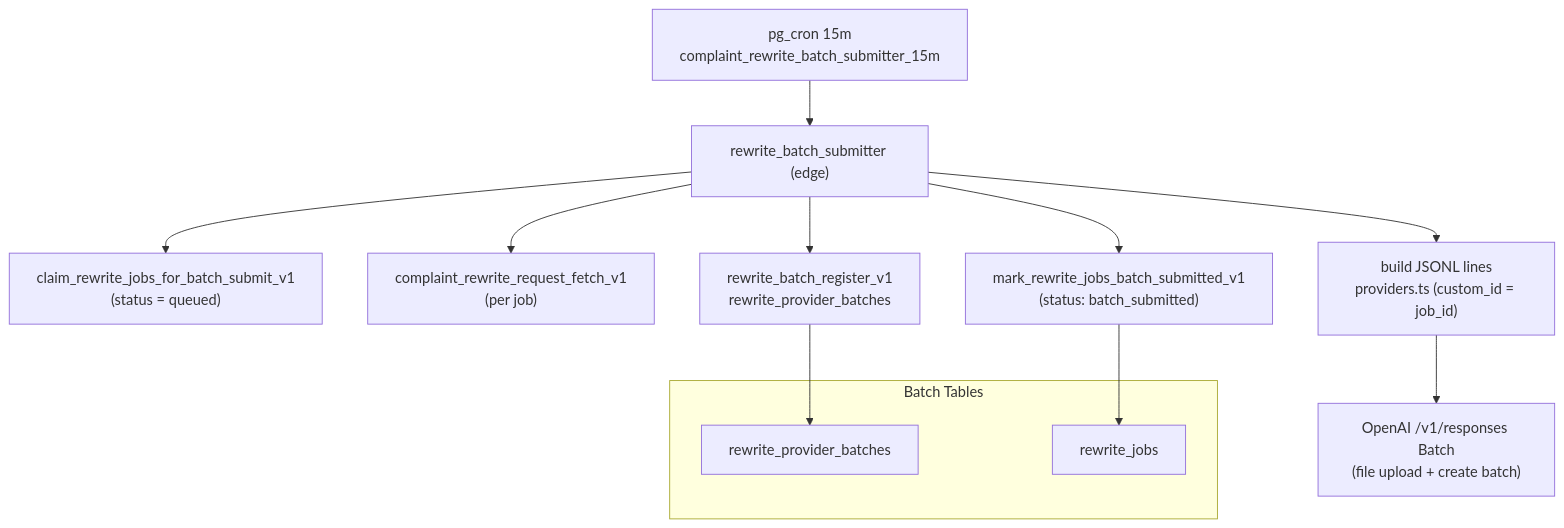
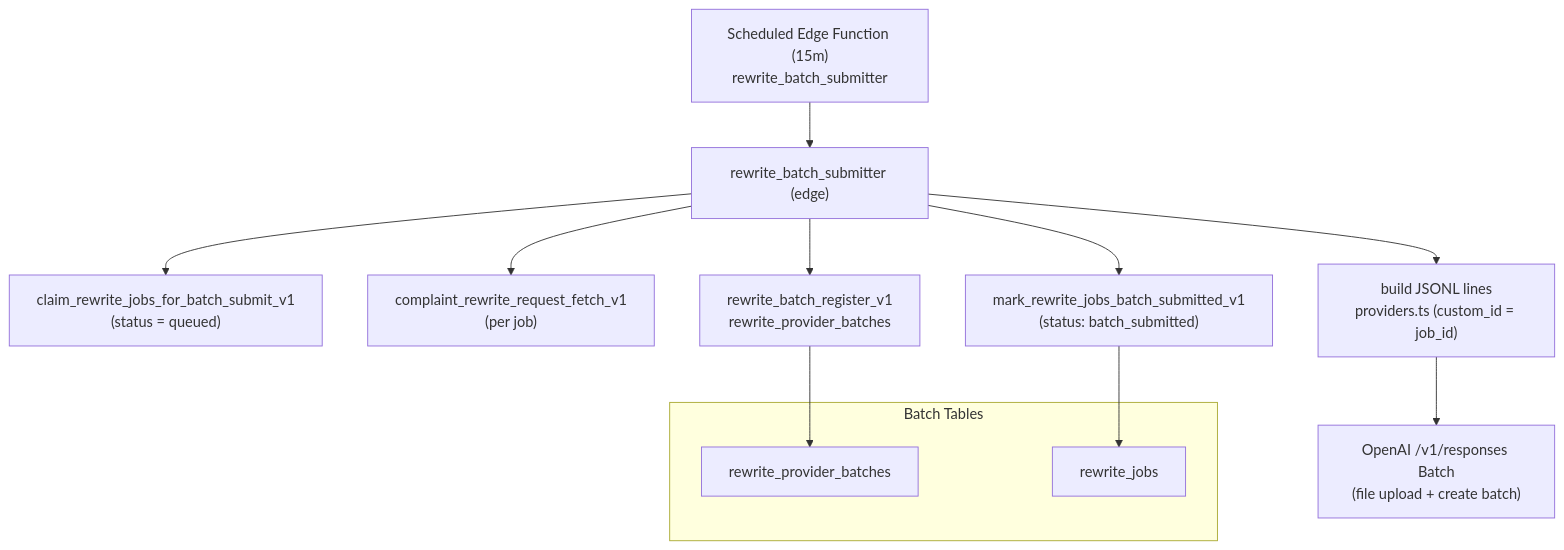
The second of 3 diagrams in docs/contracts/complaints/complaint_rewrite_system_map.md (pariszhuang123/kinly-backend), drawn with Mermaid before and after one commit. The commit also changed other lines of this file and 6 other files, not shown here.

Commit message:
Implement refactor complaint cron, no negative gratitude mention and update chore list username

````diff
--- a/docs/contracts/complaints/complaint_rewrite_system_map.md
+++ b/docs/contracts/complaints/complaint_rewrite_system_map.md
@@ -37,17 +37,17 @@
 ```mermaid
 flowchart TD
-  CRON["pg_cron 15m<br/>complaint_rewrite_batch_submitter_15m"] --> SUB["rewrite_batch_submitter (edge)"]
+  SCHED2["Scheduled Edge Function (15m)<br/>rewrite_batch_submitter"] --> SUB["rewrite_batch_submitter (edge)"]
   SUB --> CLAIM["claim_rewrite_jobs_for_batch_submit_v1<br/>(status = queued)"]
   SUB --> FETCH["complaint_rewrite_request_fetch_v1<br/>(per job)"]
   SUB --> JSONL["build JSONL lines<br/>providers.ts (custom_id = job_id)"]
   JSONL --> OAI["OpenAI /v1/responses Batch<br/>(file upload + create batch)"]
   SUB --> REG["rewrite_batch_register_v1<br/>rewrite_provider_batches"]
   SUB --> MARK["mark_rewrite_jobs_batch_submitted_v1<br/>(status: batch_submitted)"]
 
   subgraph Batch Tables
     PB["rewrite_provider_batches"]
     JOBS["rewrite_jobs"]
   end
   REG --> PB
   MARK --> JOBS
 ```
````
